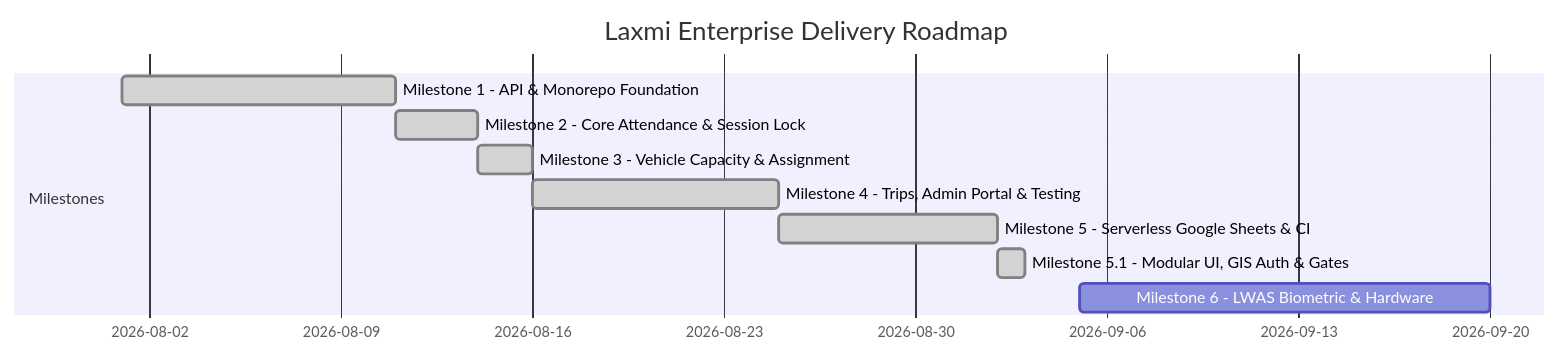
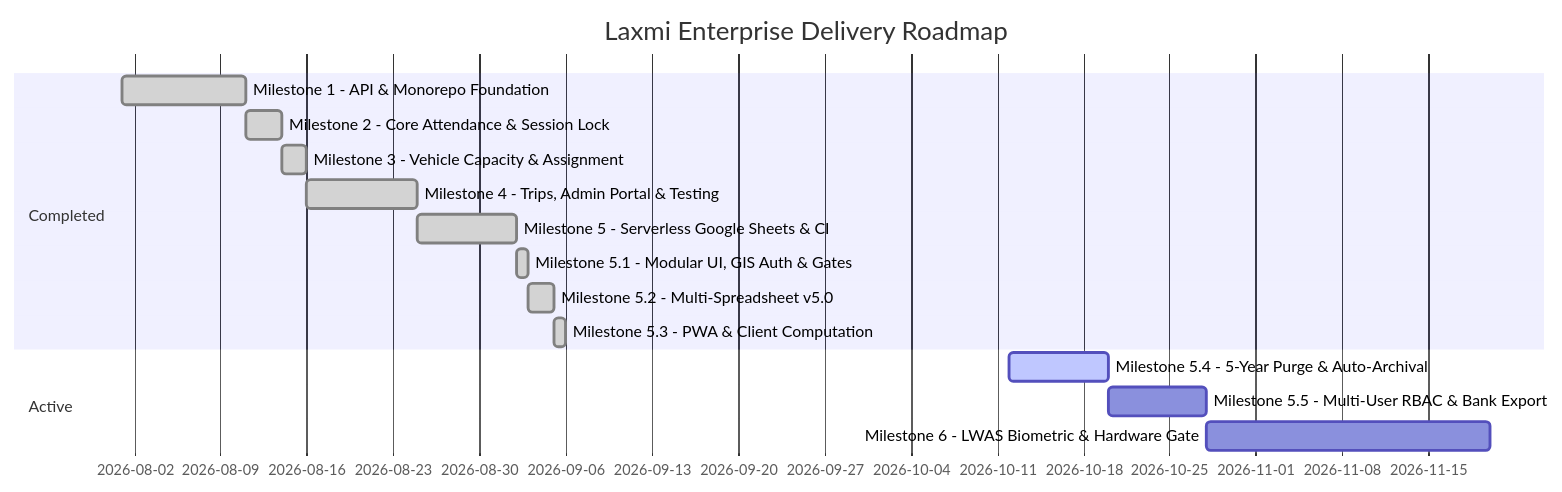
One commit to visionloop-org/LaxmiEnterprise changed the diagram in GOALS.md. Above: the diagram before and after it, drawn with Mermaid. The commit also changed other lines of this file and 224 other files, not shown here.

Commit message:
feat: launch v5.0 live online attendance system with zero cost architecture and PWA

````diff
--- a/GOALS.md
+++ b/GOALS.md
@@ -81,13 +105,18 @@
 ```mermaid
 gantt
     title Laxmi Enterprise Delivery Roadmap
     dateFormat  YYYY-MM-DD
-    section Milestones
+    section Completed
     Milestone 1 - API & Monorepo Foundation      :done,    m1, 2026-08-01, 2026-08-11
     Milestone 2 - Core Attendance & Session Lock :done,    m2, 2026-08-11, 2026-08-14
     Milestone 3 - Vehicle Capacity & Assignment  :done,    m3, 2026-08-14, 2026-08-16
     Milestone 4 - Trips, Admin Portal & Testing  :done,    m4, 2026-08-16, 2026-08-25
     Milestone 5 - Serverless Google Sheets & CI  :done,    m5, 2026-08-25, 2026-09-02
     Milestone 5.1 - Modular UI, GIS Auth & Gates :done,    m51, 2026-09-02, 2026-09-03
-    Milestone 6 - LWAS Biometric & Hardware      :         m6, 2026-09-05, 2026-09-20
+    Milestone 5.2 - Multi-Spreadsheet v5.0       :done,    m52, 2026-09-03, 2026-09-05
+    Milestone 5.3 - PWA & Client Computation     :done,    m53, 2026-09-05, 2026-09-06
+    section Active
+    Milestone 5.4 - 5-Year Purge & Auto-Archival :active,  m54, 2026-10-12, 2026-10-20
+    Milestone 5.5 - Multi-User RBAC & Bank Export:         m55, 2026-10-20, 2026-10-28
+    Milestone 6 - LWAS Biometric & Hardware Gate :         m6, 2026-10-28, 2026-11-20
 ```
````
